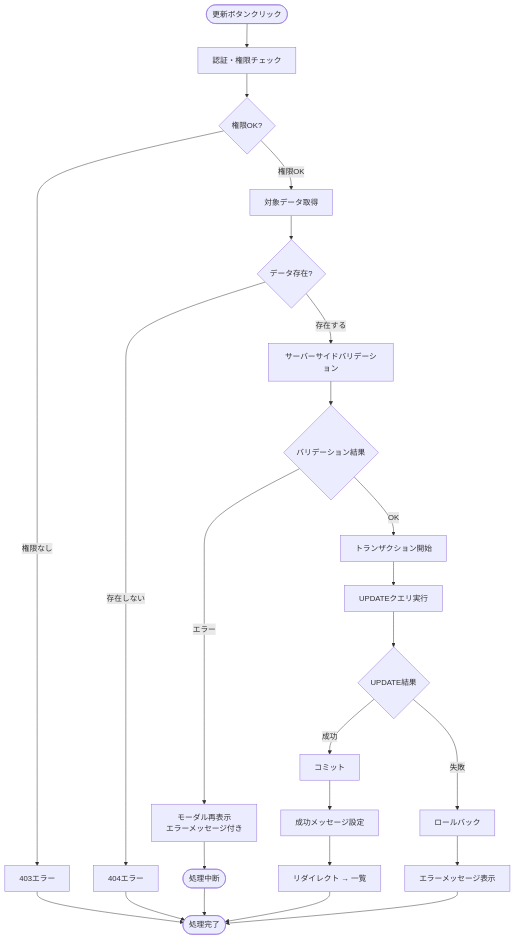
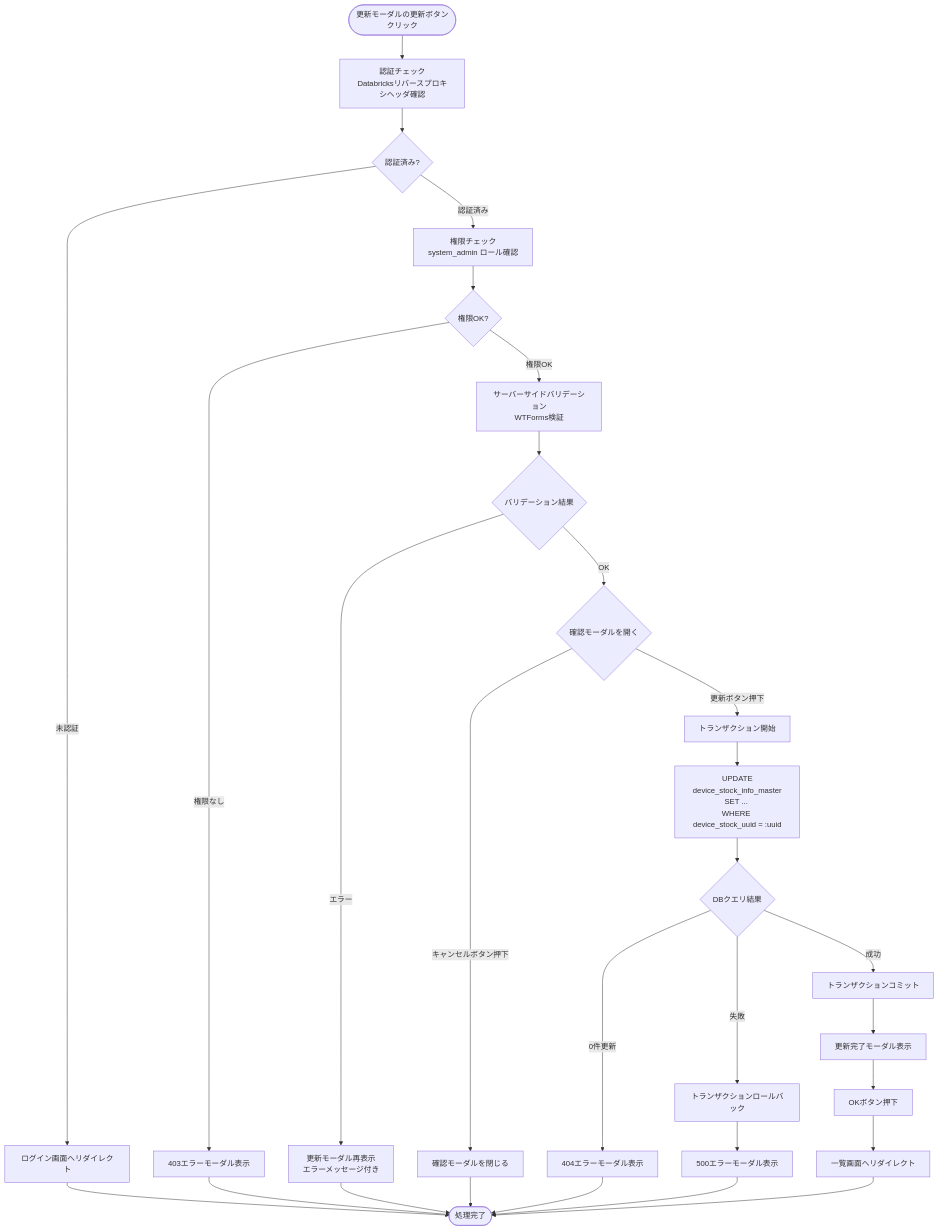
Before and after one commit to NSW-SVCP-AIWG002/Databricks-IoT: the sixth of 9 diagrams in docs/03-features/flask-app/device-inventory/workflow-specification.md, drawn with Mermaid. The commit also changed other lines of this file and 4 other files, not shown here.

````diff
--- a/docs/03-features/flask-app/device-inventory/workflow-specification.md
+++ b/docs/03-features/flask-app/device-inventory/workflow-specification.md
@@ -551,34 +622,40 @@
 ```mermaid
 flowchart TD
-    Start([更新ボタンクリック]) --> Auth[認証・権限チェック]
-    Auth --> CheckPerm{権限OK?}
-    CheckPerm -->|権限なし| Error403[403エラー]
+    Start([更新モーダルの更新ボタン<br>クリック]) --> Auth[認証チェック<br>Databricksリバースプロキシヘッダ確認]
+    Auth --> CheckAuth{認証済み?}
+    CheckAuth -->|未認証| Error401[ログイン画面へリダイレクト]
+    Error401 --> End([処理完了])
 
-    CheckPerm -->|権限OK| Query[対象データ取得]
-    Query --> CheckDB{データ存在?}
+    CheckAuth -->|認証済み| Permission[権限チェック<br>system_admin ロール確認]
+    Permission --> CheckPerm{権限OK?}
+    CheckPerm -->|権限なし| Error403[403エラーモーダル表示]
+    Error403 --> End
 
-    CheckDB -->|存在しない| Error404[404エラー]
-
-    CheckDB -->|存在する| Validate[サーバーサイドバリデーション]
+    CheckPerm -->|権限OK| Validate[サーバーサイドバリデーション<br>WTForms検証]
     Validate --> ValidCheck{バリデーション結果}
 
-    ValidCheck -->|エラー| ValidError[モーダル再表示<br>エラーメッセージ付き]
-    ValidError --> ValidEnd([処理中断])
+    ValidCheck -->|エラー| ValidError[更新モーダル再表示<br>エラーメッセージ付き]
+    ValidError --> End
 
-    ValidCheck -->|OK| BeginTx[トランザクション開始]
-    BeginTx --> Update[UPDATEクエリ実行]
-    Update --> UpdateResult{UPDATE結果}
+    ValidCheck -->|OK| OpenConfirmModal{確認モーダルを開く}
 
-    UpdateResult -->|成功| Commit[コミット]
-    Commit --> Flash[成功メッセージ設定]
-    Flash --> Redirect[リダイレクト → 一覧]
+    OpenConfirmModal -->|キャンセルボタン押下| CancelMsg[確認モーダルを閉じる]
+    CancelMsg --> End
 
-    UpdateResult -->|失敗| Rollback[ロールバック]
-    Rollback --> Error500[エラーメッセージ表示]
+    OpenConfirmModal -->|更新ボタン押下| BeginTx[トランザクション開始]
+    BeginTx --> Update[UPDATE<br>device_stock_info_master<br>SET ... <br>WHERE device_stock_uuid = :uuid]
+    Update --> UpdateResult{DBクエリ結果}
 
-    Error403 --> End([処理完了])
+    UpdateResult -->|0件更新| Error404[404エラーモーダル表示]
     Error404 --> End
-    ValidEnd --> End
+
+    UpdateResult -->|失敗| Rollback[トランザクションロールバック]
+    Rollback --> Error500[500エラーモーダル表示]
+    Error500 --> End
+
+    UpdateResult -->|成功| Commit[トランザクションコミット]
+    Commit --> ShowComplete[更新完了モーダル表示]
+    ShowComplete --> UserOK[OKボタン押下]
+    UserOK --> Redirect[一覧画面へリダイレクト]
     Redirect --> End
-    Error500 --> End
 ```
````
